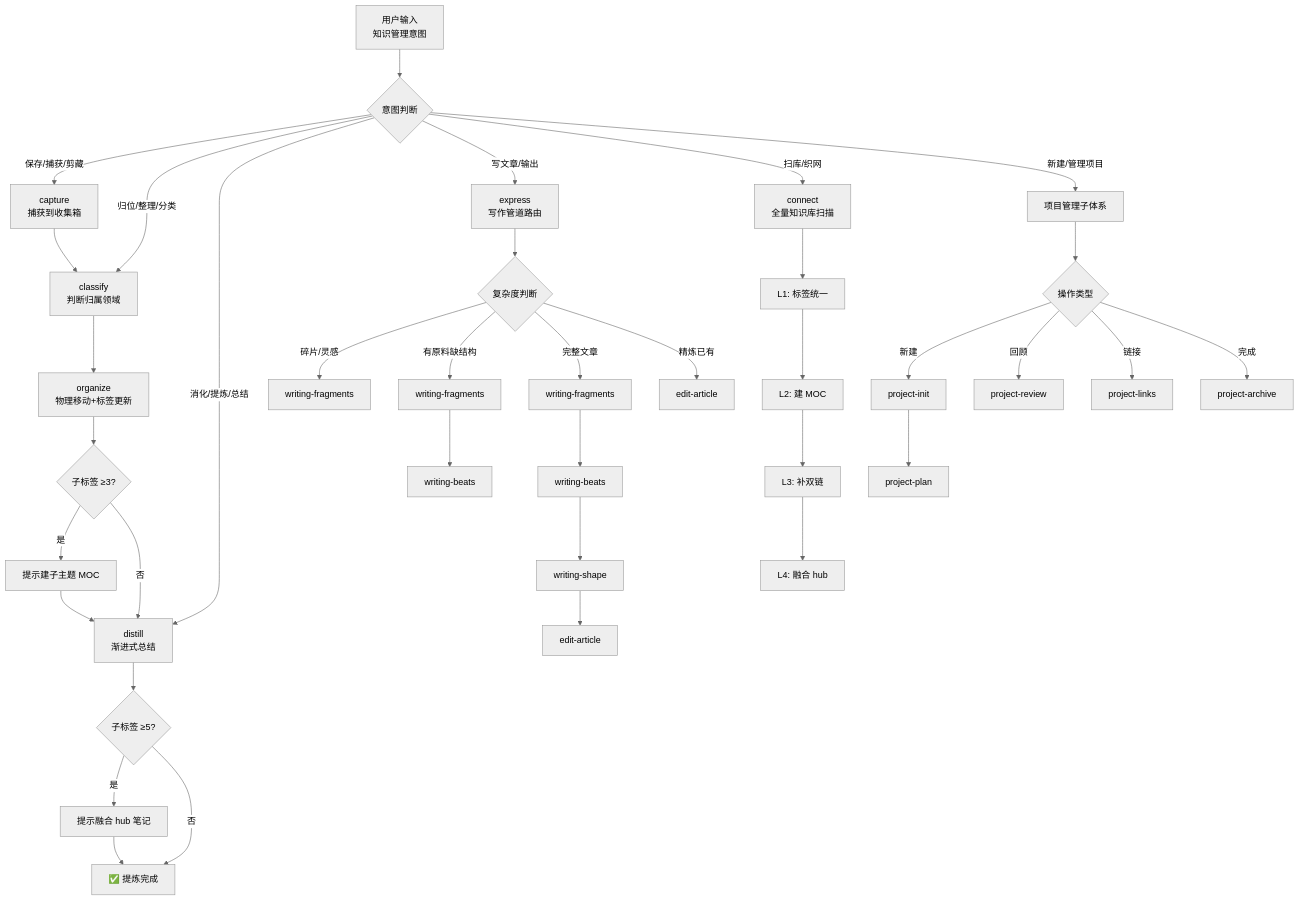
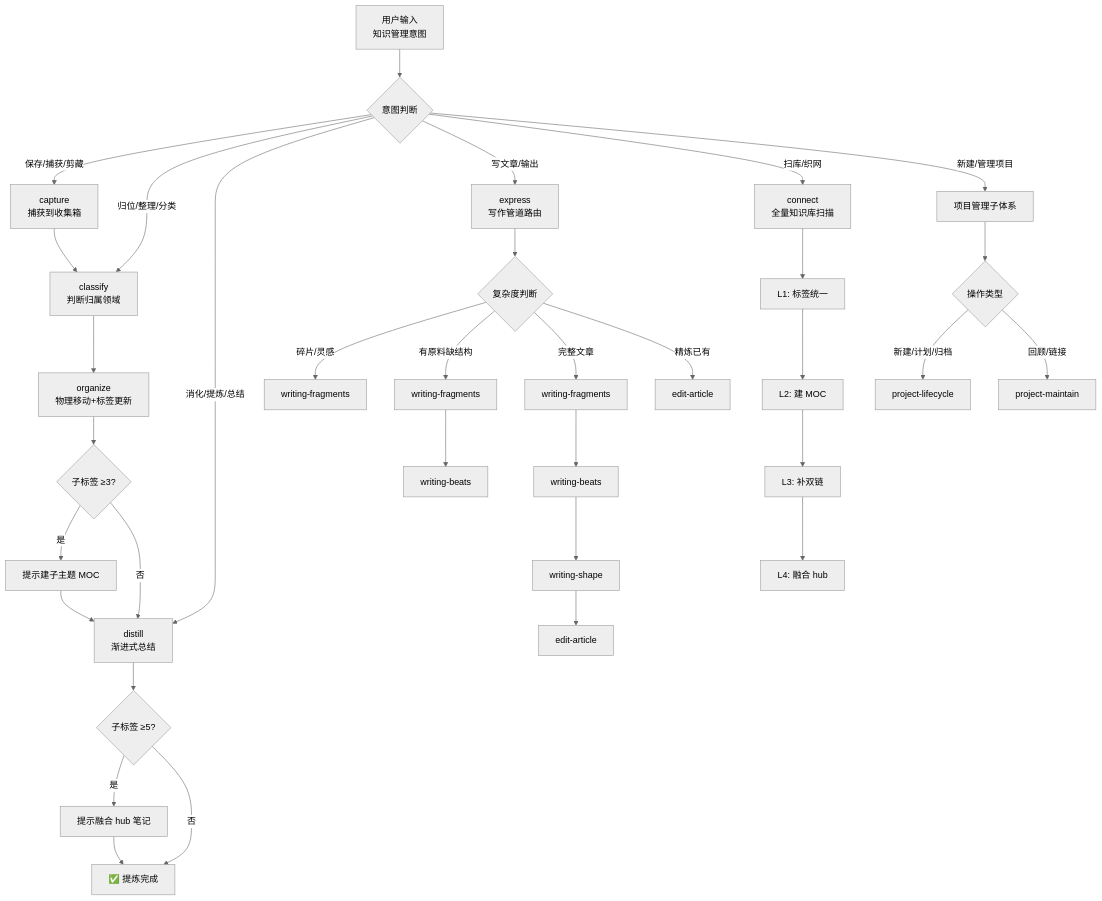
One commit to Grid0723/skills changed the second of 4 diagrams in docs/Grid Skills 使用手册.md. Above: the diagram before and after it, drawn with Mermaid (neutral theme). The commit also changed other lines of this file and 31 other files, not shown here.

````diff
--- a/docs/Grid Skills 使用手册.md
+++ b/docs/Grid Skills 使用手册.md
@@ -139,41 +139,38 @@
 ```mermaid
 graph TD
     START["用户输入<br/>知识管理意图"] --> INTENT{意图判断}
     
     INTENT -->|"保存/捕获/剪藏"| CAP[capture<br/>捕获到收集箱]
     INTENT -->|"归位/整理/分类"| CLS[classify<br/>判断归属领域]
     INTENT -->|"消化/提炼/总结"| DIS[distill<br/>渐进式总结]
     INTENT -->|"写文章/输出"| EXP[express<br/>写作管道路由]
     INTENT -->|"扫库/织网"| CON[connect<br/>全量知识库扫描]
     INTENT -->|"新建/管理项目"| PRJ[项目管理子体系]
     
     CAP --> CLS
     
     CLS --> ORG[organize<br/>物理移动+标签更新]
     ORG --> CHK3{子标签 ≥3?}
     CHK3 -->|是| MOC[提示建子主题 MOC]
     CHK3 -->|否| DIS
     
     MOC --> DIS
     
     DIS --> CHK5{子标签 ≥5?}
     CHK5 -->|是| HUB[提示融合 hub 笔记]
     CHK5 -->|否| DONE_DIS[✅ 提炼完成]
     
     HUB --> DONE_DIS
     
     EXP --> COMPLEXITY{复杂度判断}
     COMPLEXITY -->|碎片/灵感| WF[writing-fragments]
     COMPLEXITY -->|有原料缺结构| WF2[writing-fragments] --> WB[writing-beats]
     COMPLEXITY -->|完整文章| WF3[writing-fragments] --> WB2[writing-beats] --> WS[writing-shape] --> EA[edit-article]
     COMPLEXITY -->|精炼已有| EA2[edit-article]
     
     CON --> L1[L1: 标签统一] --> L2[L2: 建 MOC] --> L3[L3: 补双链] --> L4[L4: 融合 hub]
     
     PRJ --> PJ_TYPE{操作类型}
-    PJ_TYPE -->|新建| PI[project-init]
-    PI --> PP[project-plan]
-    PJ_TYPE -->|回顾| PR[project-review]
-    PJ_TYPE -->|链接| PL[project-links]
-    PJ_TYPE -->|完成| PA[project-archive]
+    PJ_TYPE -->|新建/计划/归档| PLC[project-lifecycle]
+    PJ_TYPE -->|回顾/链接| PMT[project-maintain]
 ```
````
